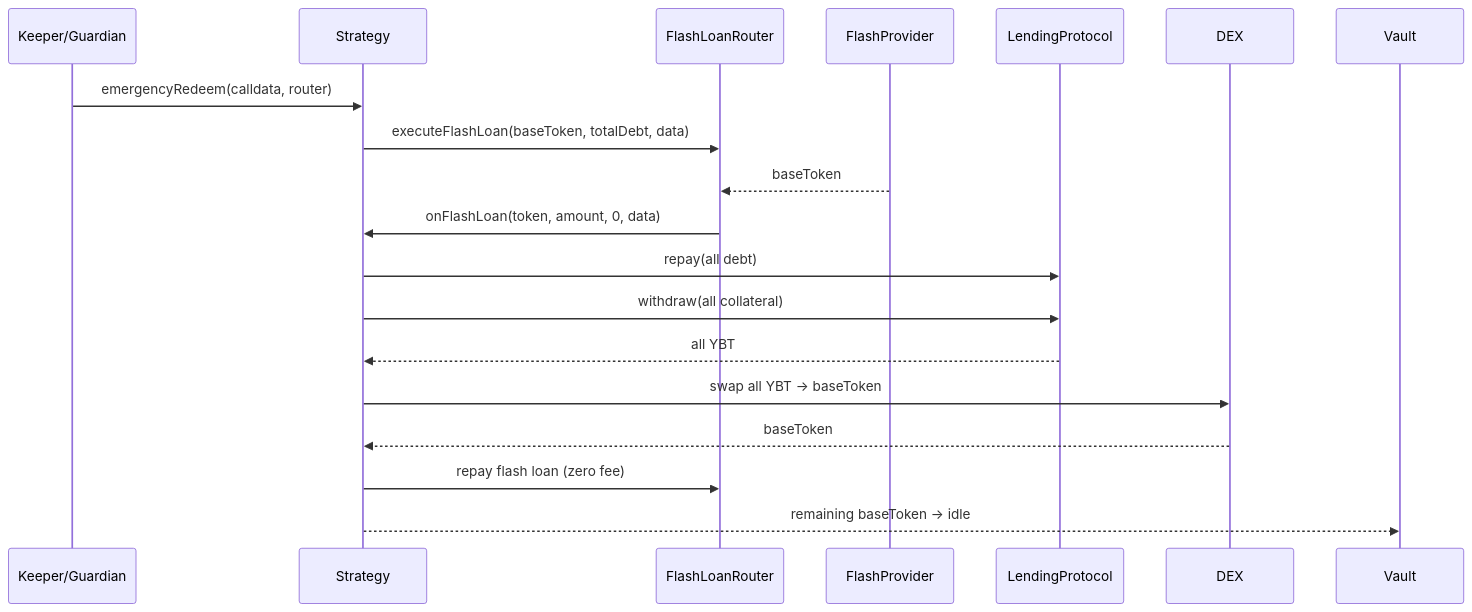
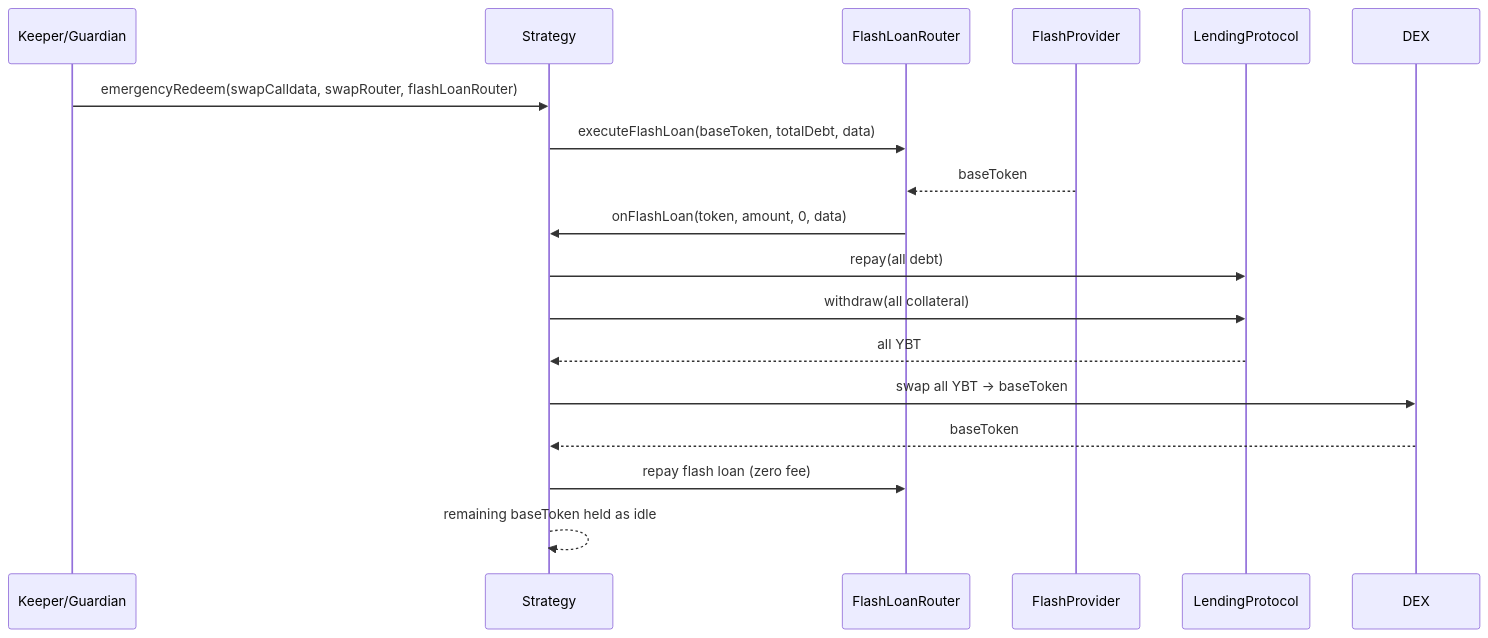
The eighth of 8 diagrams in docs/architecture/token-flows.md (evgenynacu/leverage-vaults), drawn with Mermaid before and after one commit. The commit also changed other lines of this file and 25 other files, not shown here.

````diff
--- a/docs/architecture/token-flows.md
+++ b/docs/architecture/token-flows.md
@@ -140,14 +140,14 @@
 ```mermaid
 sequenceDiagram
-    Keeper/Guardian->>Strategy: emergencyRedeem(calldata, router)
+    Keeper/Guardian->>Strategy: emergencyRedeem(swapCalldata, swapRouter, flashLoanRouter)
     Strategy->>FlashLoanRouter: executeFlashLoan(baseToken, totalDebt, data)
     FlashProvider-->>FlashLoanRouter: baseToken
     FlashLoanRouter->>Strategy: onFlashLoan(token, amount, 0, data)
     Strategy->>LendingProtocol: repay(all debt)
     Strategy->>LendingProtocol: withdraw(all collateral)
     LendingProtocol-->>Strategy: all YBT
     Strategy->>DEX: swap all YBT -> baseToken
     DEX-->>Strategy: baseToken
     Strategy->>FlashLoanRouter: repay flash loan (zero fee)
-    Strategy-->>Vault: remaining baseToken -> idle
+    Strategy-->>Strategy: remaining baseToken held as idle
 ```
````
